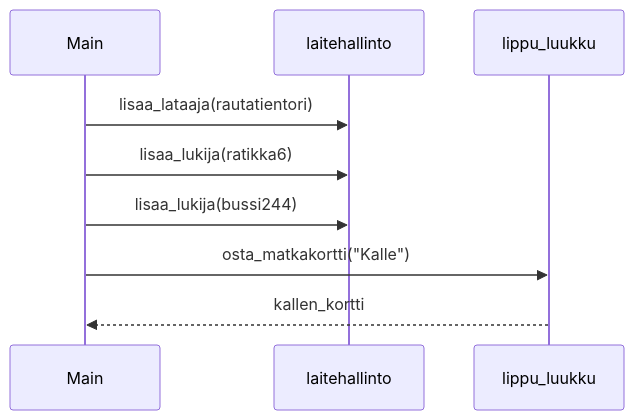
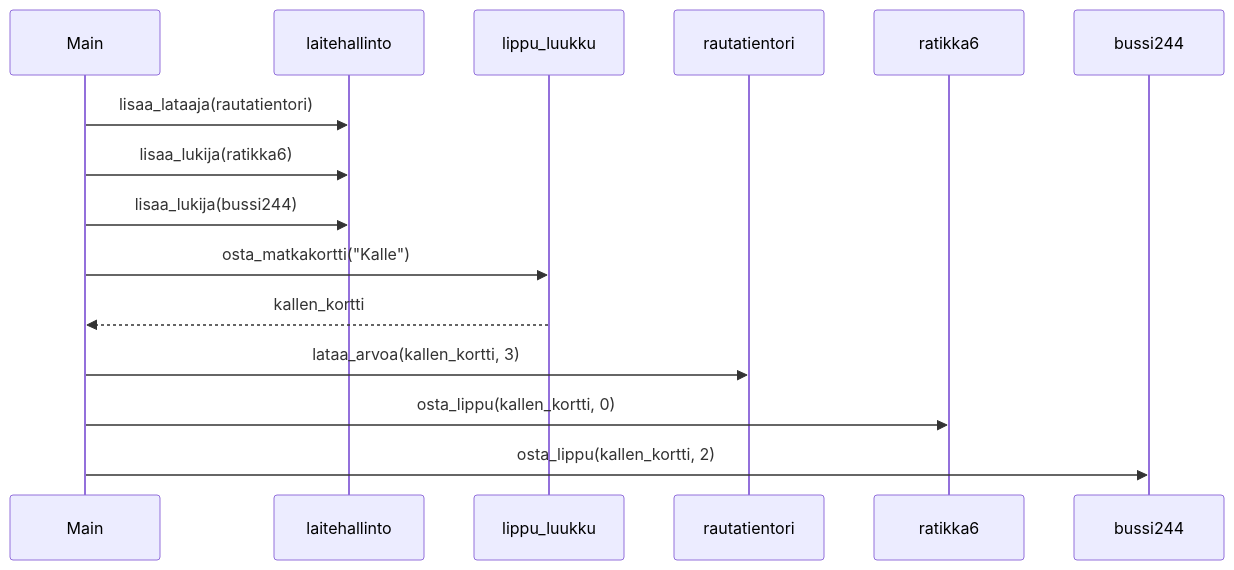
One commit to lahgit/ot-harjoitustyo changed the diagram in laskarit/viikko3/Hsl.md. Above: the diagram before and after it, drawn with Mermaid.

````diff
--- a/laskarit/viikko3/Hsl.md
+++ b/laskarit/viikko3/Hsl.md
@@ -3,8 +3,11 @@
 ```mermaid
  sequenceDiagram
     Main->>laitehallinto: lisaa_lataaja(rautatientori)
     Main->>laitehallinto: lisaa_lukija(ratikka6)
     Main->>laitehallinto: lisaa_lukija(bussi244)
     Main->>lippu_luukku: osta_matkakortti("Kalle")
-    lippu_luukku-->>Main: kallen_kortti   
+    lippu_luukku-->>Main: kallen_kortti
+    Main->>rautatientori: lataa_arvoa(kallen_kortti, 3)
+    Main->>ratikka6: osta_lippu(kallen_kortti, 0)
+    Main->>bussi244: osta_lippu(kallen_kortti, 2)   
 ```
````
